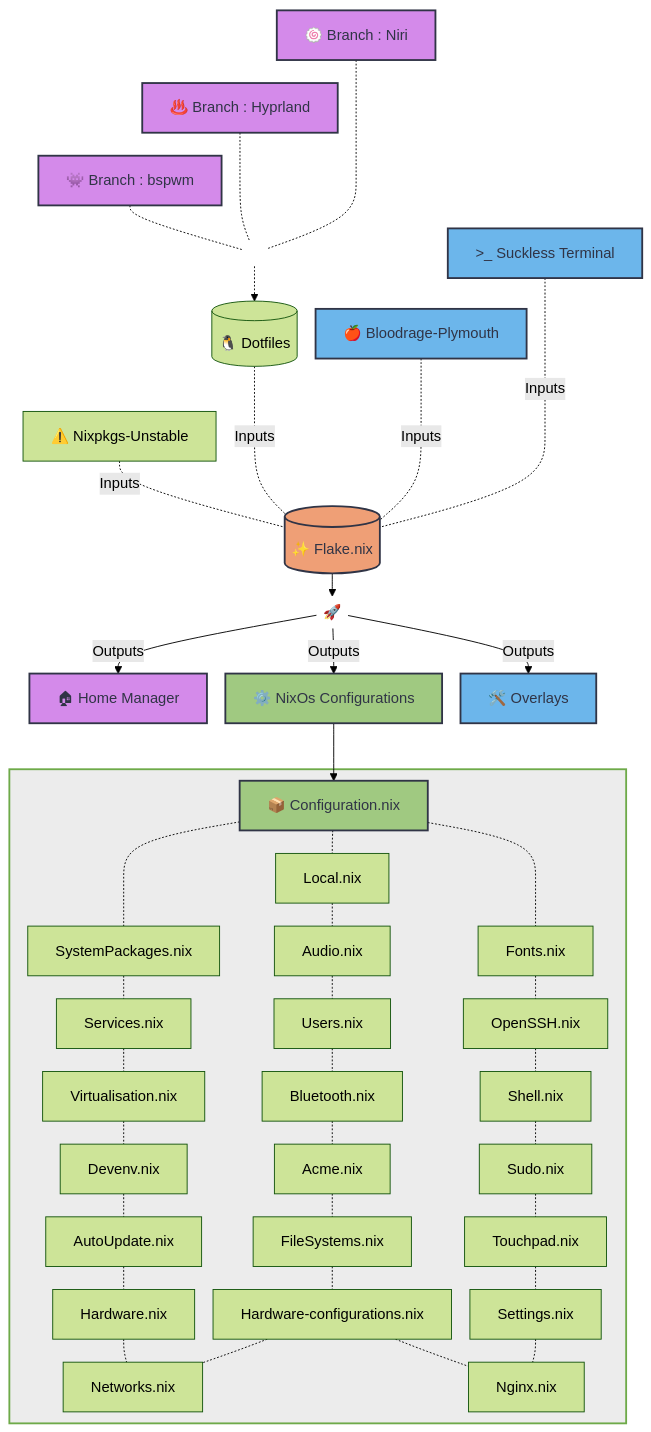
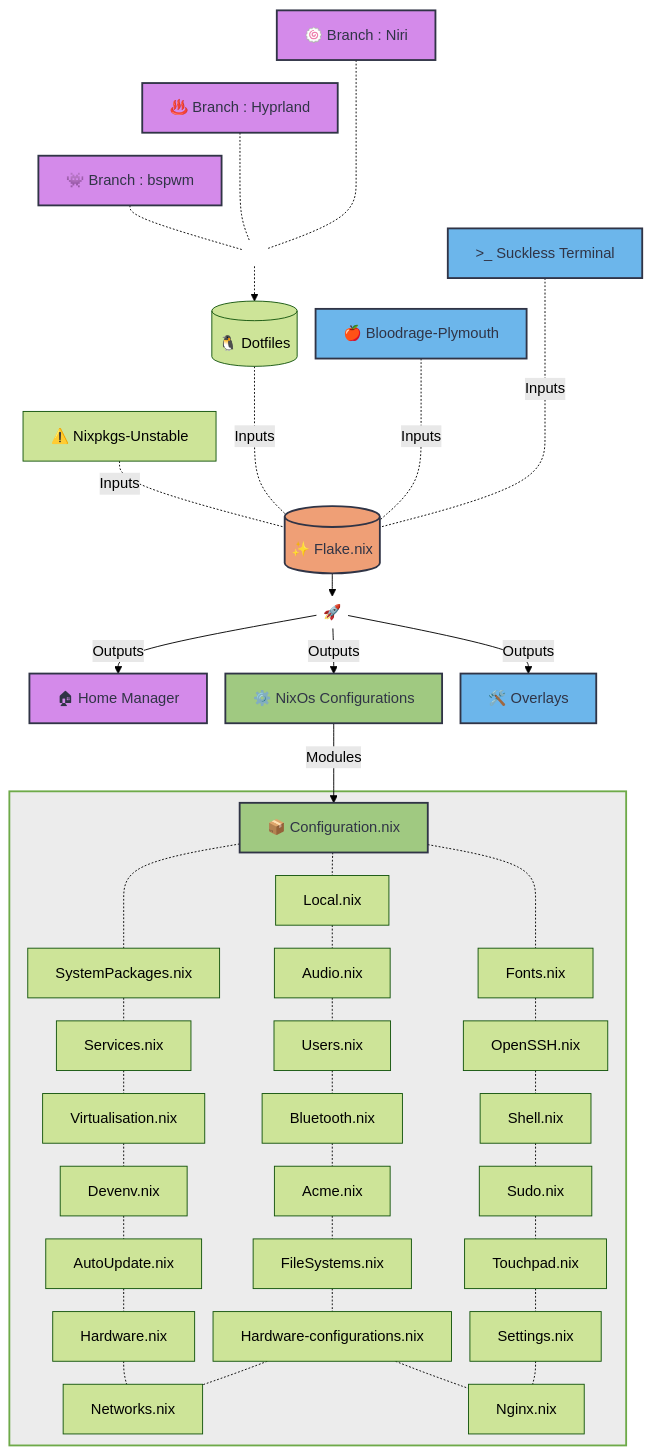
The diagram in README.md (msalmanrafadhlih/Dotfiles), drawn with Mermaid (forest theme) before and after one commit. The commit also changed other lines of this file, not shown here.

````diff
--- a/README.md
+++ b/README.md
@@ -5,43 +36,43 @@
 ```mermaid
 graph TB
 %%{init: {'flowchart': {'nodeSpacing': 20, 'rankSpacing': 25}}}%%
   BSPWM["👾 Branch : bspwm"] -.- J1
   HYPRLAND["♨️ Branch : Hyprland"] -..- J1
   NIRI["🍥 Branch : Niri"] -...- J1
 
   J1((Ψ)) -.-> DOTS
   SUCKLESS[">_ Suckless Terminal"] -...-|Inputs| FLAKE
   PLYMOUTH["🍎 Bloodrage-Plymouth"] -..-|Inputs| FLAKE
   UNSTABLE["⚠️ Nixpkgs-Unstable"] -.-|Inputs| FLAKE
   DOTS[("🐧 Dotfiles")] -..-|Inputs| FLAKE
 
   FLAKE[("✨ Flake.nix")] --> OUT(("🚀")) -->|Outputs| HM["🏠︎ Home Manager"]
   OUT -->|Outputs| SYSTEMS["⚙️ NixOs Configurations"]
   OUT -->|Outputs| OVERLAYS["🛠️ Overlays"]
 
-  SYSTEMS ---> SYSMDL["📦 Configuration.nix"]
+  SYSTEMS --->|Modules| SYSMDL["📦 Configuration.nix"]
 
 subgraph Systems
 
   SYSMDL -.- SystemPackages.nix -.- Services.nix -.- Virtualisation.nix -.- Devenv.nix -.- AutoUpdate.nix -.- Hardware.nix -.- Networks.nix
   SYSMDL -.- Local.nix -.- Audio.nix -.- Users.nix -.- Bluetooth.nix -.- Acme.nix -.- FileSystems.nix -.- LCL["Hardware-configurations.nix"]
   SYSMDL -.- Fonts.nix -.- OpenSSH.nix -.- Shell.nix -.- Sudo.nix -.- Touchpad.nix -.- Settings.nix -.- Nginx.nix
   LCL -.- Networks.nix
   LCL -.- Nginx.nix
 end
 
   classDef configNode fill:#A0C981,stroke:#303446,stroke-width:2px,color:#303446
   classDef moduleNode fill:#D48AEA,stroke:#303446,stroke-width:2px,color:#303446
   classDef appNode fill:#6CB6EB,stroke:#303446,stroke-width:2px,color:#303446
   classDef dataNode fill:#EF9F76,stroke:#303446,stroke-width:2px,color:#303446
   classDef background fill:#14141414,stroke-width:2px,color:#00ff0000
   classDef branch fill:#14141400,stroke-width:0px,color:#ffffff
 
   class SYSTEMS,SYSMDL, configNode
   class FLAKE,PLYMOUTH,BSPWM,HYPRLAND,NIRI,HM moduleNode
   class PLYMOUTH,SUCKLESS,OVERLAYS appNode
   class FLAKE dataNode
 
   class Systems background
   class J1,OUT branch
 ```
````
